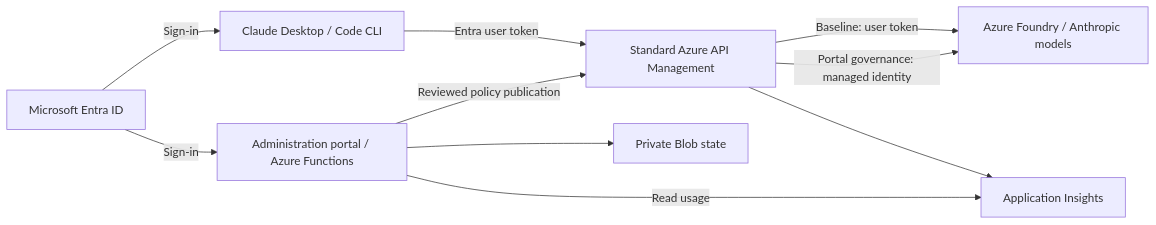
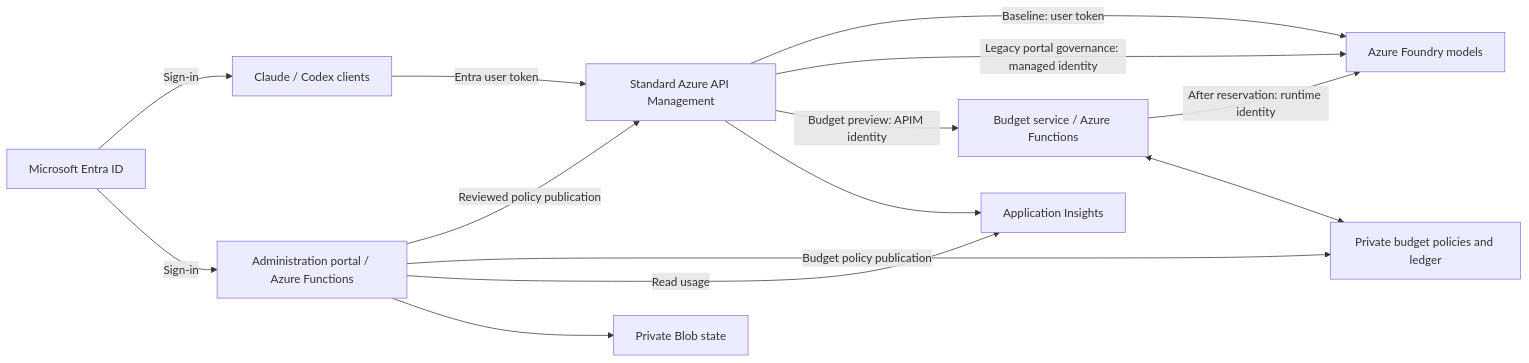
One commit to msftse-org/claude-codex-foundry changed the diagram in README.md. Above: the diagram before and after it, drawn with Mermaid. The commit also changed other lines of this file and 5 other files, not shown here.

Commit message:
docs: explain Azure budget architecture and request flow

````diff
--- a/README.md
+++ b/README.md
@@ -81,12 +81,16 @@
 ```mermaid
 flowchart LR
-  U[Claude Desktop / Code CLI] -->|Entra user token| A[Standard Azure API Management]
-  A -->|Baseline: user token| F[Azure Foundry / Anthropic models]
-  A -->|Portal governance: managed identity| F
+  U[Claude / Codex clients] -->|Entra user token| A[Standard Azure API Management]
+  A -->|Baseline: user token| F[Azure Foundry models]
+  A -->|Legacy portal governance: managed identity| F
+  A -->|Budget preview: APIM identity| R[Budget service / Azure Functions]
+  R -->|After reservation: runtime identity| F
+  R <--> T[Private budget policies and ledger]
   A --> I[Application Insights]
   P[Administration portal / Azure Functions] -->|Reviewed policy publication| A
+  P -->|Budget policy publication| T
   P -->|Read usage| I
   P --> B[Private Blob state]
   E[Microsoft Entra ID] -->|Sign-in| U
   E -->|Sign-in| P
 ```
````
